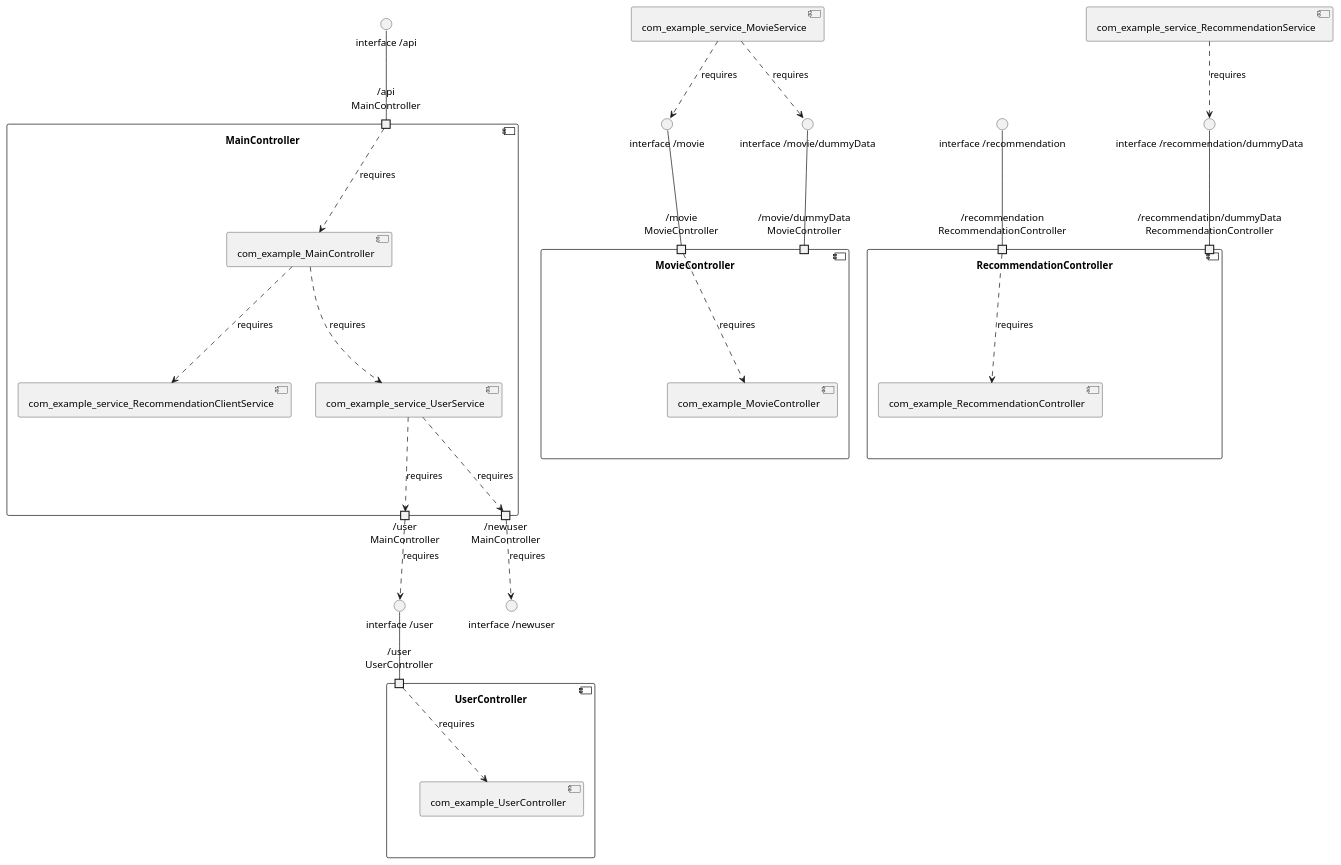
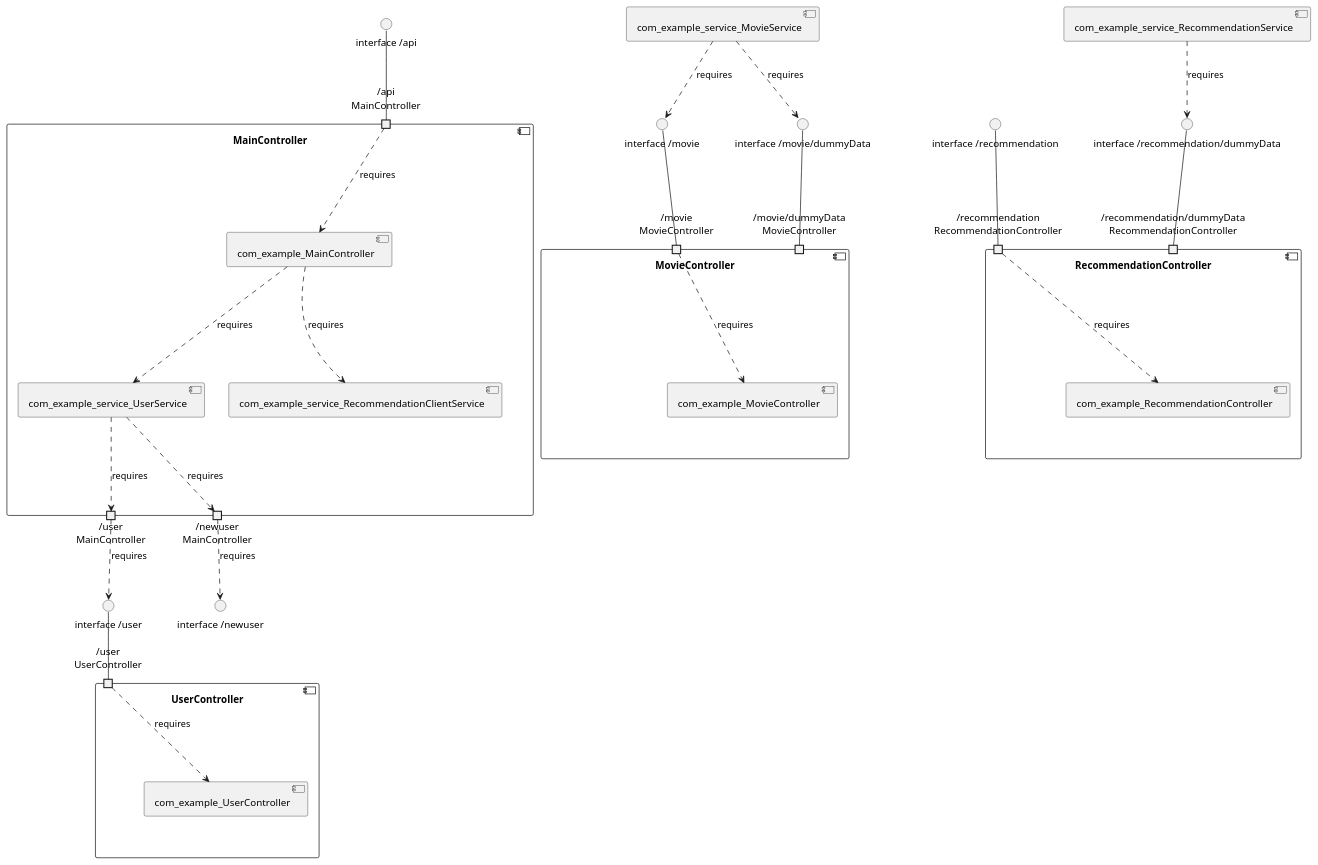
Before and after one commit to View-Based-Reverse-Engineering/Retriever-Benchmark: the diagram in spring-cloud-movie-recommendation/model_re/uml/componentDiagram.puml, drawn with PlantUML. The commit also changed other lines of this file and 111 other files, not shown here.

```diff
--- a/spring-cloud-movie-recommendation/model_re/uml/componentDiagram.puml
+++ b/spring-cloud-movie-recommendation/model_re/uml/componentDiagram.puml
@@ -1,45 +1,45 @@
 @startuml
 skinparam fixCircleLabelOverlapping true
 component "MainController\n\n\n\n\n\n" {
 [com_example_MainController]
+[com_example_service_RecommendationClientService]
 [com_example_service_UserService]
-[com_example_service_RecommendationClientService]
 portin "/api\nMainController"
 portout "/user\nMainController"
 portout "/newuser\nMainController"
+[com_example_MainController]..>[com_example_service_RecommendationClientService] : requires
 [com_example_MainController]..>[com_example_service_UserService] : requires
-[com_example_MainController]..>[com_example_service_RecommendationClientService] : requires
 "/api\nMainController"..>[com_example_MainController] : requires
 [com_example_service_UserService]..>"/user\nMainController" : requires
 [com_example_service_UserService]..>"/newuser\nMainController" : requires
 }
 "interface /api"--"/api\nMainController"
 "/user\nMainController"..>"interface /user" : requires
 "/newuser\nMainController"..>"interface /newuser" : requires
 component "MovieController\n\n\n\n\n\n" {
 [com_example_MovieController]
 portin "/movie/dummyData\nMovieController"
 portin "/movie\nMovieController"
 "/movie\nMovieController"..>[com_example_MovieController] : requires
 }
 "interface /movie"--"/movie\nMovieController"
 "interface /movie/dummyData"--"/movie/dummyData\nMovieController"
 component "RecommendationController\n\n\n\n\n\n" {
 [com_example_RecommendationController]
+portin "/recommendation/dummyData\nRecommendationController"
 portin "/recommendation\nRecommendationController"
-portin "/recommendation/dummyData\nRecommendationController"
 "/recommendation\nRecommendationController"..>[com_example_RecommendationController] : requires
 }
 "interface /recommendation"--"/recommendation\nRecommendationController"
 "interface /recommendation/dummyData"--"/recommendation/dummyData\nRecommendationController"
 component "UserController\n\n\n\n\n\n" {
 [com_example_UserController]
 portin "/user\nUserController"
 "/user\nUserController"..>[com_example_UserController] : requires
 }
 "interface /user"--"/user\nUserController"
 [com_example_service_MovieService]..>"interface /movie" : requires
 [com_example_service_MovieService]..>"interface /movie/dummyData" : requires
 [com_example_service_RecommendationService]..>"interface /recommendation/dummyData" : requires
 
 @enduml
```
